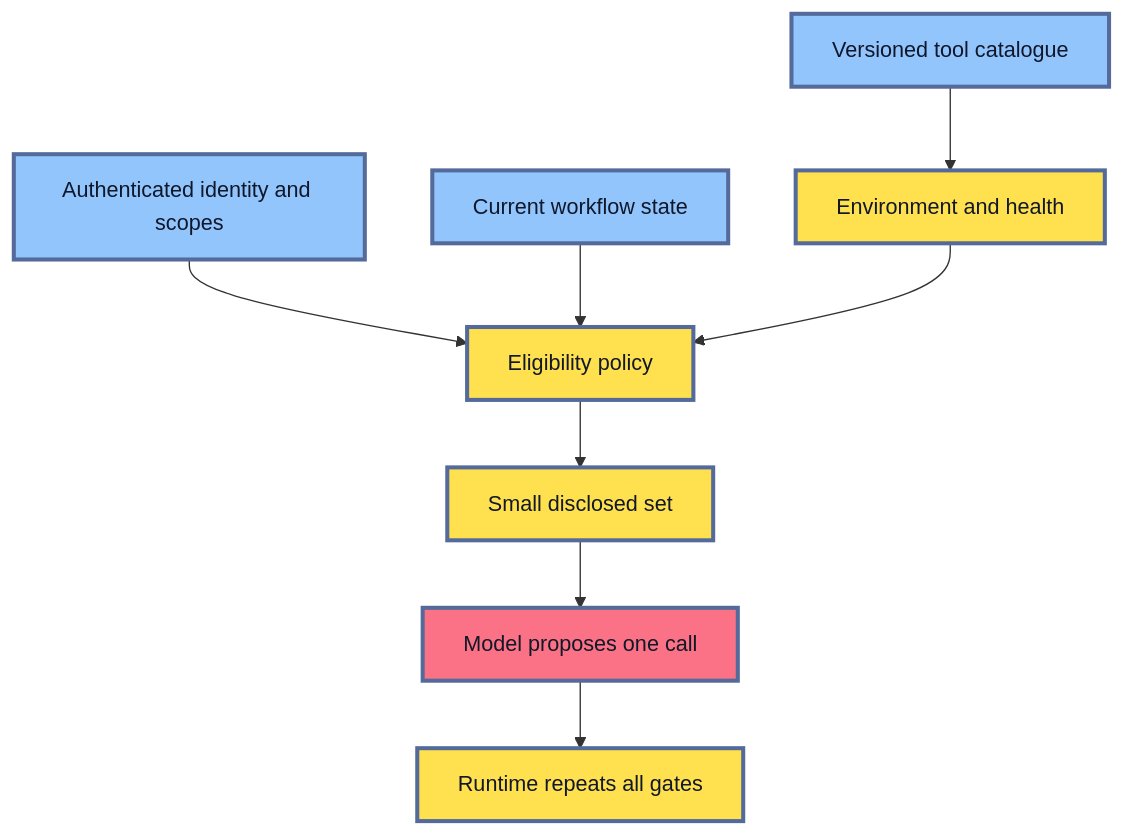
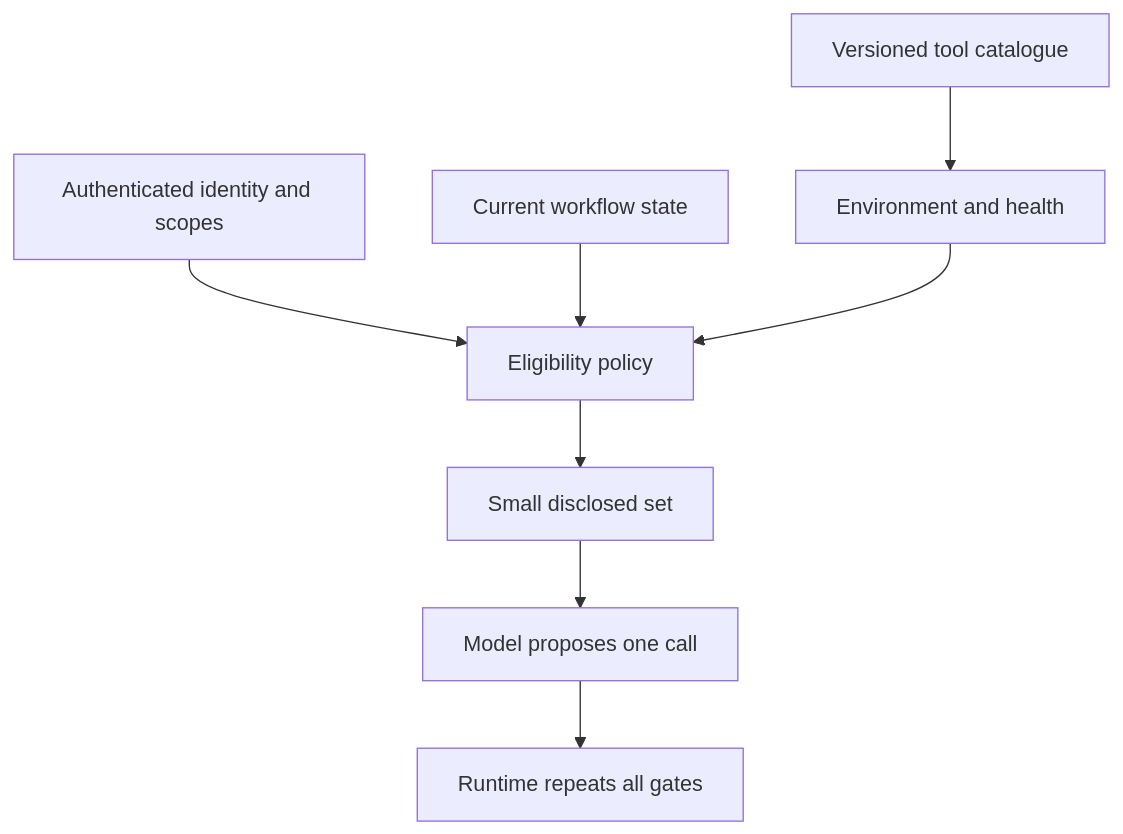
One commit to senlinyy/dev-roadmaps changed the second of 3 diagrams in roadmaps/mlops/modules/llmops/tools-and-protocols/01-tool-contracts.md. Above: the diagram before and after it, drawn with Mermaid. The commit also changed other lines of this file and 152 other files, not shown here.

Commit message:
feat: mlops and diagrams updated

````diff
--- a/roadmaps/mlops/modules/llmops/tools-and-protocols/01-tool-contracts.md
+++ b/roadmaps/mlops/modules/llmops/tools-and-protocols/01-tool-contracts.md
@@ -163,17 +160,14 @@
 ```mermaid
 flowchart TD
     A["Versioned tool catalogue"] --> B["Environment and health"]
     C["Authenticated identity and scopes"] --> D["Eligibility policy"]
     E["Current workflow state"] --> D
     B --> D
     D --> F["Small disclosed set"]
     F --> G["Model proposes one call"]
     G --> H["Runtime repeats all gates"]
 
-    classDef source fill:#93C5FD,stroke:#536A9A,stroke-width:3px,color:#0F172A
-    classDef control fill:#FFE04F,stroke:#536A9A,stroke-width:3px,color:#111827
-    classDef action fill:#FB7185,stroke:#536A9A,stroke-width:3px,color:#111827
     class A,C,E source
     class B,D,F,H control
     class G action
 ```
````
